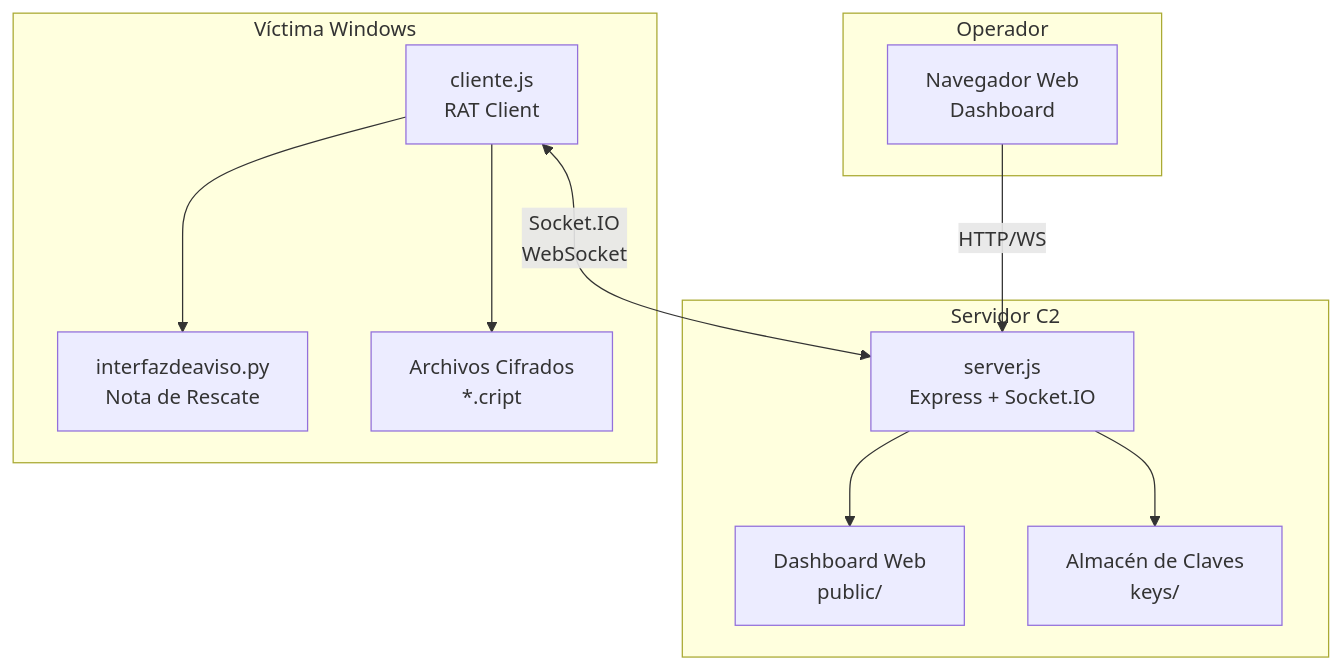
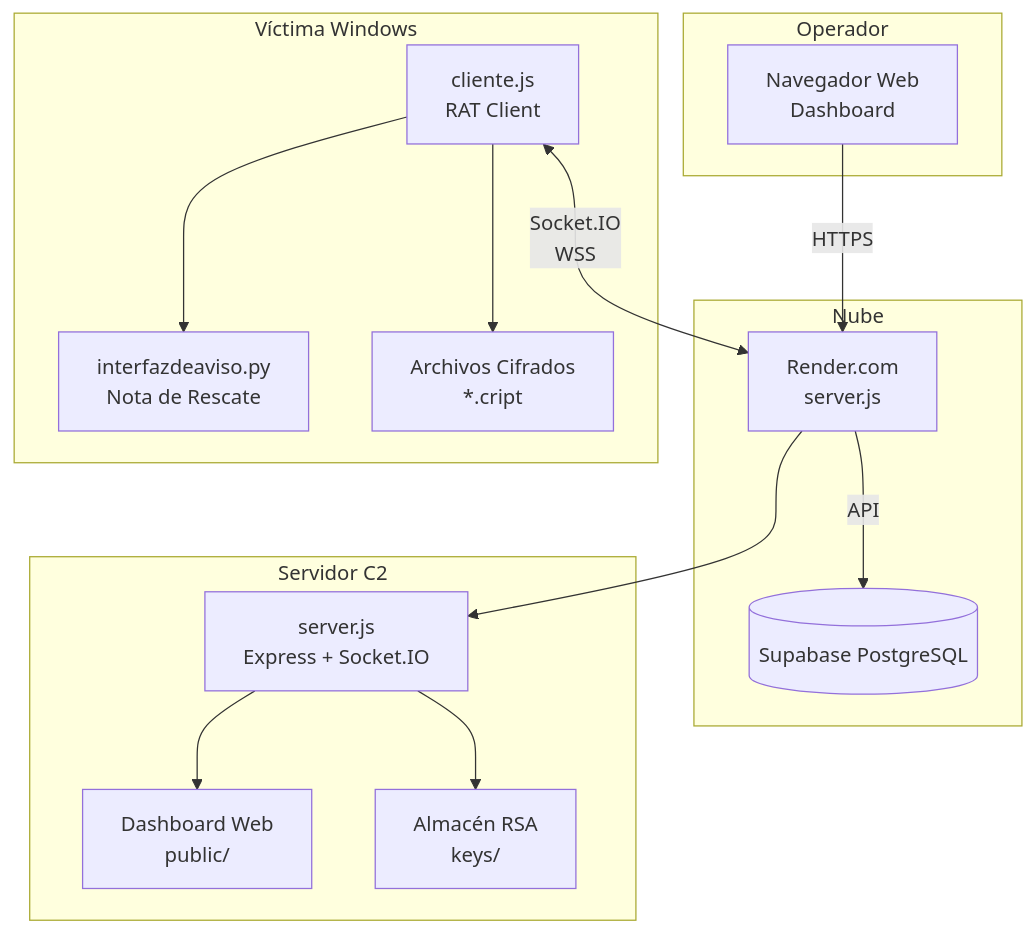
The first of 2 diagrams in MANUAL_TECNICO.md (Jeidendk/Proyectoseguridad), drawn with Mermaid before and after one commit. The commit also changed other lines of this file and 2 other files, not shown here.

Commit message:
docs: Update all documentation with RSA hybrid encryption and current features

````diff
--- a/MANUAL_TECNICO.md
+++ b/MANUAL_TECNICO.md
@@ -23,25 +24,32 @@
 ```mermaid
 graph TB
+    subgraph "Nube"
+        SUPABASE[(Supabase PostgreSQL)]
+        RENDER[Render.com<br/>server.js]
+    end
+    
     subgraph "Servidor C2"
         S[server.js<br/>Express + Socket.IO]
         WEB[Dashboard Web<br/>public/]
-        KEYS[Almacén de Claves<br/>keys/]
+        KEYS[Almacén RSA<br/>keys/]
     end
     
     subgraph "Víctima Windows"
         C[cliente.js<br/>RAT Client]
         NR[interfazdeaviso.py<br/>Nota de Rescate]
         CRYPT[Archivos Cifrados<br/>*.cript]
     end
     
     subgraph "Operador"
         BROWSER[Navegador Web<br/>Dashboard]
     end
     
-    BROWSER -->|HTTP/WS| S
-    C <-->|Socket.IO<br/>WebSocket| S
+    BROWSER -->|HTTPS| RENDER
+    RENDER -->|API| SUPABASE
+    C <-->|Socket.IO<br/>WSS| RENDER
+    RENDER --> S
     S --> WEB
     S --> KEYS
     C --> NR
     C --> CRYPT
 ```
````
